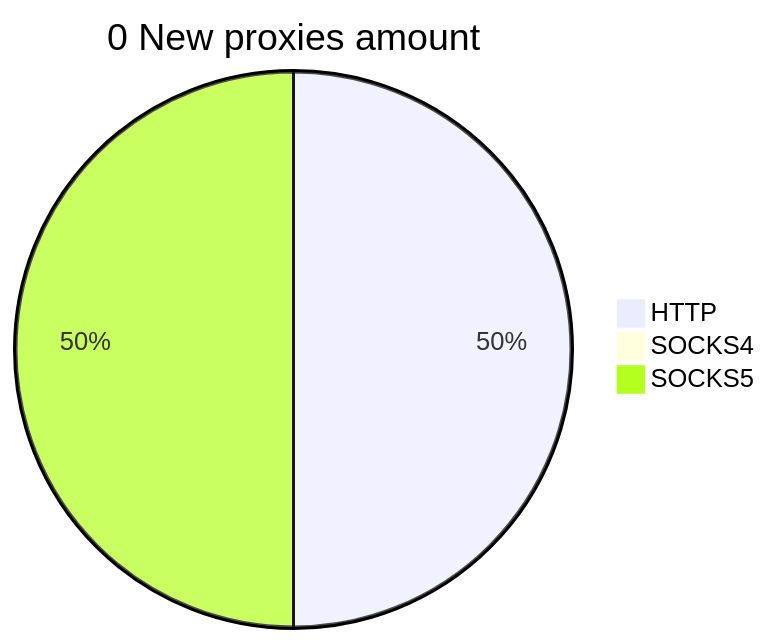
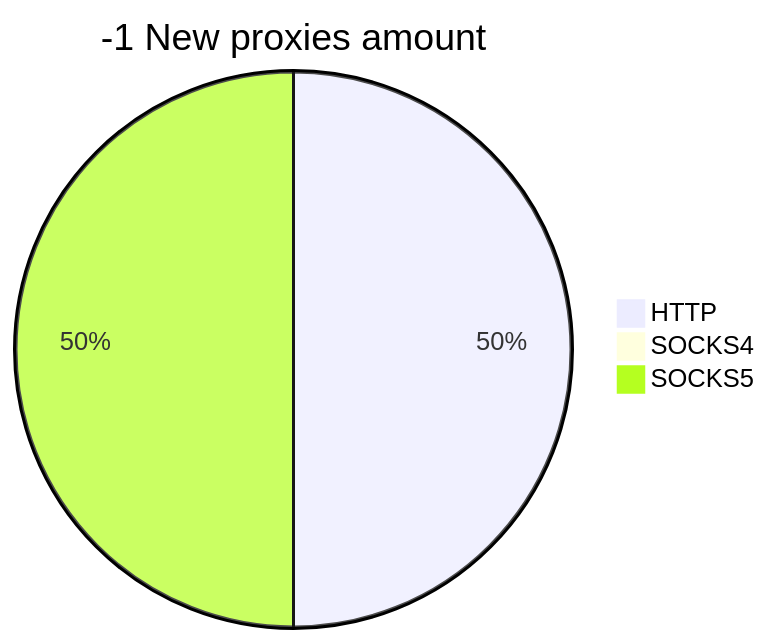
Before and after one commit to cutipu/proxylist: the second of 2 diagrams in README.md, drawn with Mermaid. The commit also changed other lines of this file, not shown here.

````diff
--- a/README.md
+++ b/README.md
@@ -10,6 +10,6 @@
 ```mermaid
-pie title 0 New proxies amount
+pie title -1 New proxies amount
     "HTTP" : 1
     "SOCKS4" : 0
     "SOCKS5" : 1
 ```
````
